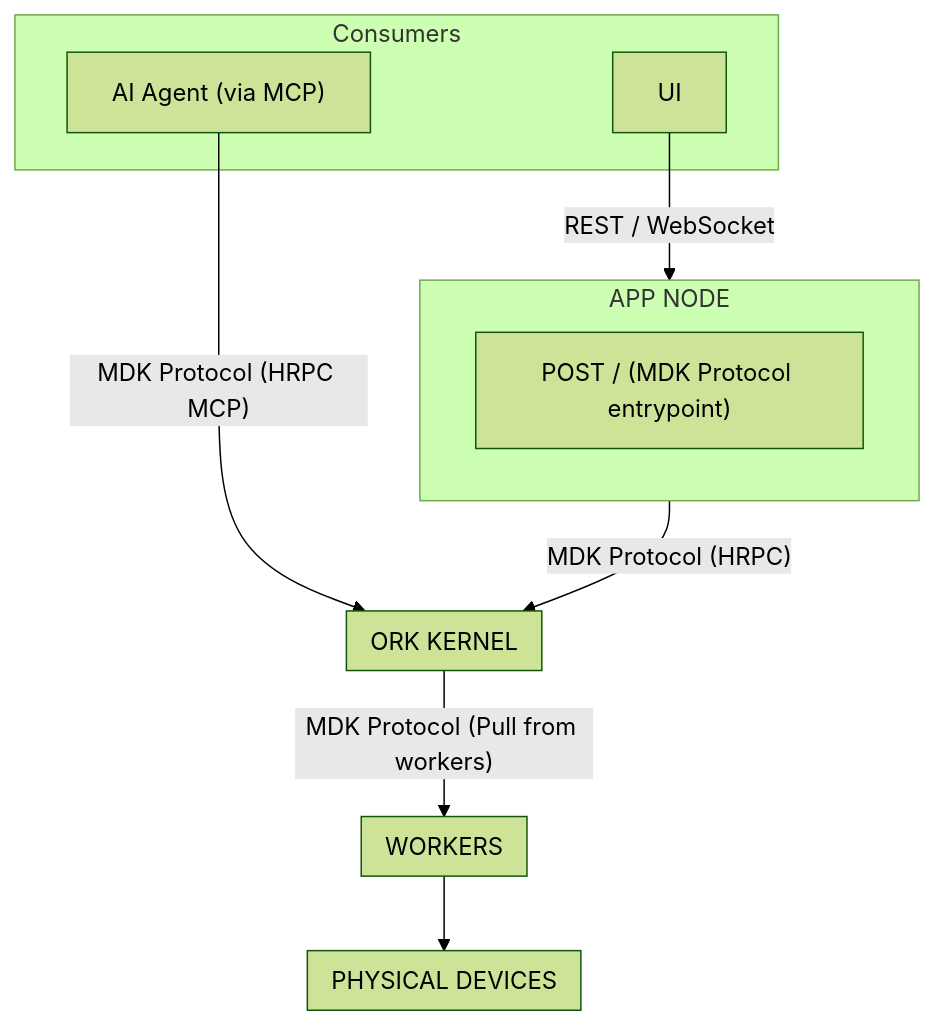
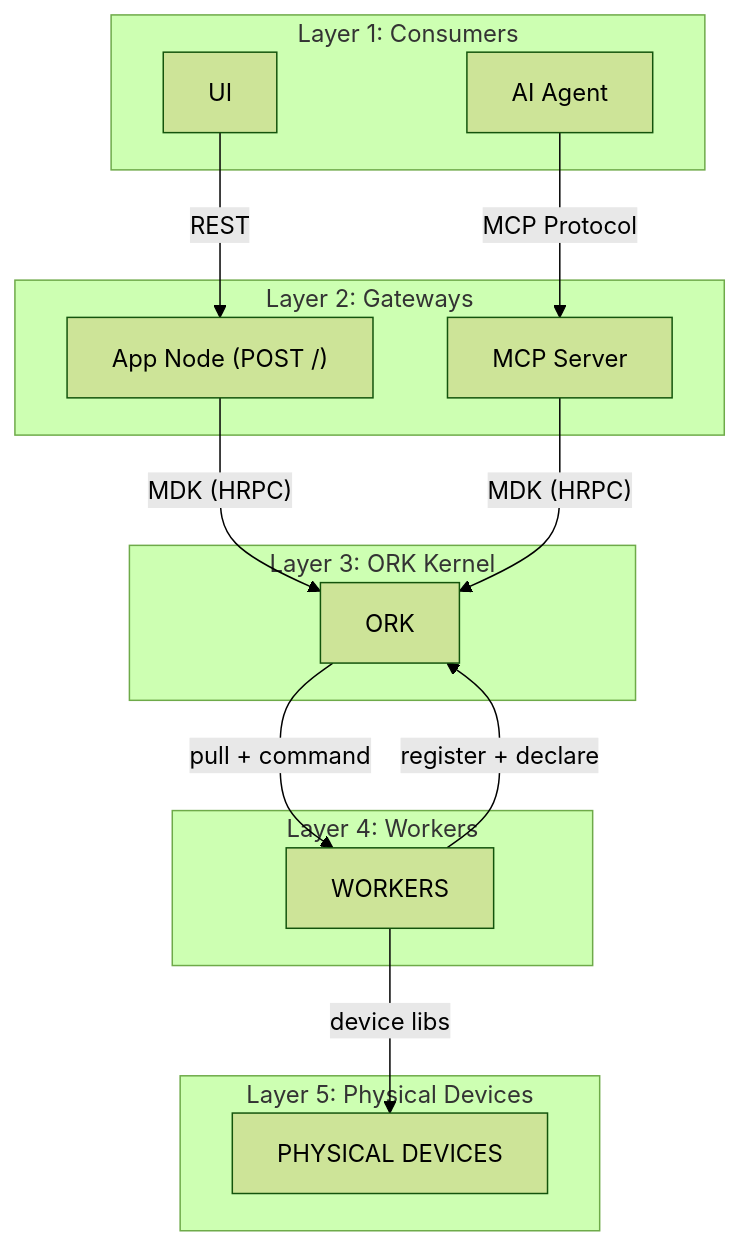
One commit to Gio-Galt/mdk-be changed the first of 4 diagrams in docs/hld.md. Above: the diagram before and after it, drawn with Mermaid (forest theme). The commit also changed other lines of this file, not shown here.

Commit message:
Updating HLD with Agent Arch & other improvements

````diff
--- a/docs/hld.md
+++ b/docs/hld.md
@@ -19,26 +19,32 @@
 ```mermaid
-graph TD
-    subgraph Consumers
+graph TB
+    subgraph L1["Layer 1: Consumers"]
         UI["UI"]
-        AI["AI Agent (via MCP)"]
-    end 
-
-    subgraph AppNode["APP NODE"]
-        Route1["POST / (MDK Protocol entrypoint)"]
+        AI["AI Agent"]
     end
 
-    subgraph ORK["ORK KERNEL"]
+    subgraph L2["Layer 2: Gateways"]
+        Route1["App Node (POST /)"]
+        MCPServer["MCP Server"]
     end
 
-    subgraph Workers["WORKERS"]
+    subgraph L3["Layer 3: ORK Kernel"]
+        ORK["ORK"]
     end
 
-    subgraph Devices["PHYSICAL DEVICES"]
+    subgraph L4["Layer 4: Workers"]
+        Workers["WORKERS"]
     end
 
-    UI -->|"REST / WebSocket"| AppNode
-    AI -->|"MDK Protocol (HRPC MCP)"| ORK
-    AppNode -->|"MDK Protocol (HRPC)"| ORK
-    ORK -->|"MDK Protocol (Pull from workers)"| Workers
-    Workers --> Devices
+    subgraph L5["Layer 5: Physical Devices"]
+        Devices["PHYSICAL DEVICES"]
+    end
+
+    UI -->|"REST"| Route1
+    AI -->|"MCP Protocol"| MCPServer
+    Route1 -->|"MDK (HRPC)"| ORK
+    MCPServer -->|"MDK (HRPC)"| ORK
+    Workers -->|"register + declare"| ORK
+    ORK -->|"pull + command"| Workers
+    Workers -->|"device libs"| Devices
 ```
````
